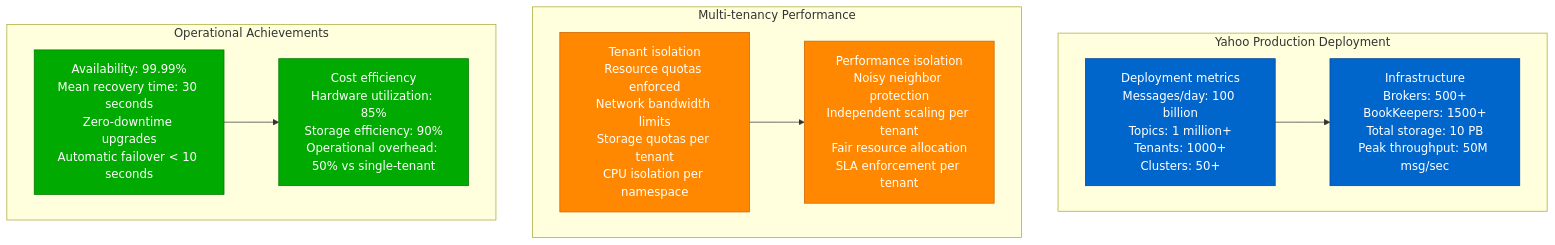
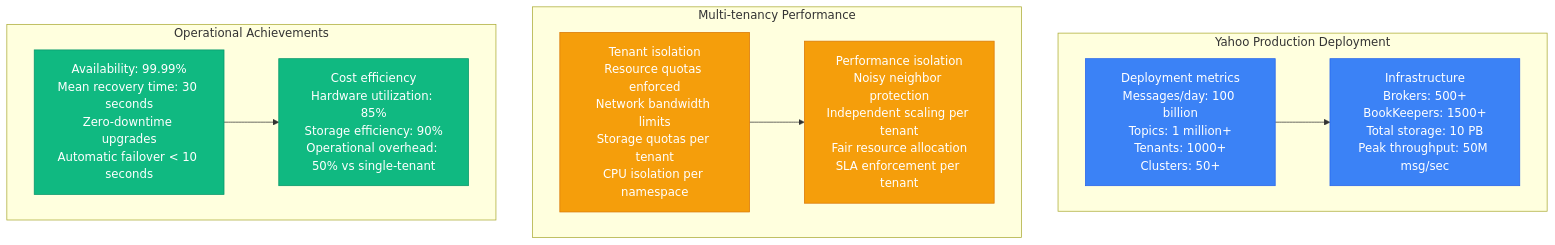
The ninth of 11 diagrams in site/docs/performance/pulsar-performance-profile.md (deepaucksharma/DS), drawn with Mermaid before and after one commit. The commit also changed other lines of this file and 303 other files, not shown here.

````diff
--- a/site/docs/performance/pulsar-performance-profile.md
+++ b/site/docs/performance/pulsar-performance-profile.md
@@ -344,34 +344,34 @@
 ```mermaid
 graph TB
     subgraph "Yahoo Production Deployment"
         SCALE1[Deployment metrics<br/>Messages/day: 100 billion<br/>Topics: 1 million+<br/>Tenants: 1000+<br/>Clusters: 50+]
 
         SCALE2[Infrastructure<br/>Brokers: 500+<br/>BookKeepers: 1500+<br/>Total storage: 10 PB<br/>Peak throughput: 50M msg/sec]
 
         SCALE1 --> SCALE2
     end
 
     subgraph "Multi-tenancy Performance"
         MT1[Tenant isolation<br/>Resource quotas enforced<br/>Network bandwidth limits<br/>Storage quotas per tenant<br/>CPU isolation per namespace]
 
         MT2[Performance isolation<br/>Noisy neighbor protection<br/>Independent scaling per tenant<br/>Fair resource allocation<br/>SLA enforcement per tenant]
 
         MT1 --> MT2
     end
 
     subgraph "Operational Achievements"
         OA1[Availability: 99.99%<br/>Mean recovery time: 30 seconds<br/>Zero-downtime upgrades<br/>Automatic failover < 10 seconds]
 
         OA2[Cost efficiency<br/>Hardware utilization: 85%<br/>Storage efficiency: 90%<br/>Operational overhead: 50% vs single-tenant]
 
         OA1 --> OA2
     end
 
-    classDef scaleStyle fill:#0066CC,stroke:#004499,color:#fff
-    classDef tenantStyle fill:#FF8800,stroke:#CC6600,color:#fff
-    classDef operationalStyle fill:#00AA00,stroke:#007700,color:#fff
+    classDef scaleStyle fill:#3B82F6,stroke:#2563EB,color:#fff
+    classDef tenantStyle fill:#F59E0B,stroke:#D97706,color:#fff
+    classDef operationalStyle fill:#10B981,stroke:#059669,color:#fff
 
     class SCALE1,SCALE2 scaleStyle
     class MT1,MT2 tenantStyle
     class OA1,OA2 operationalStyle
 ```
````
